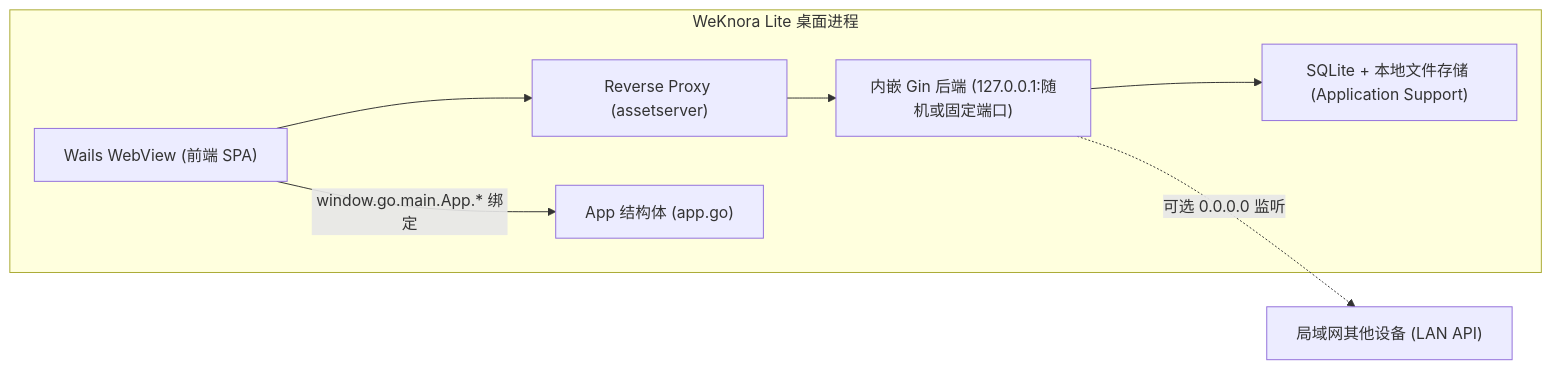
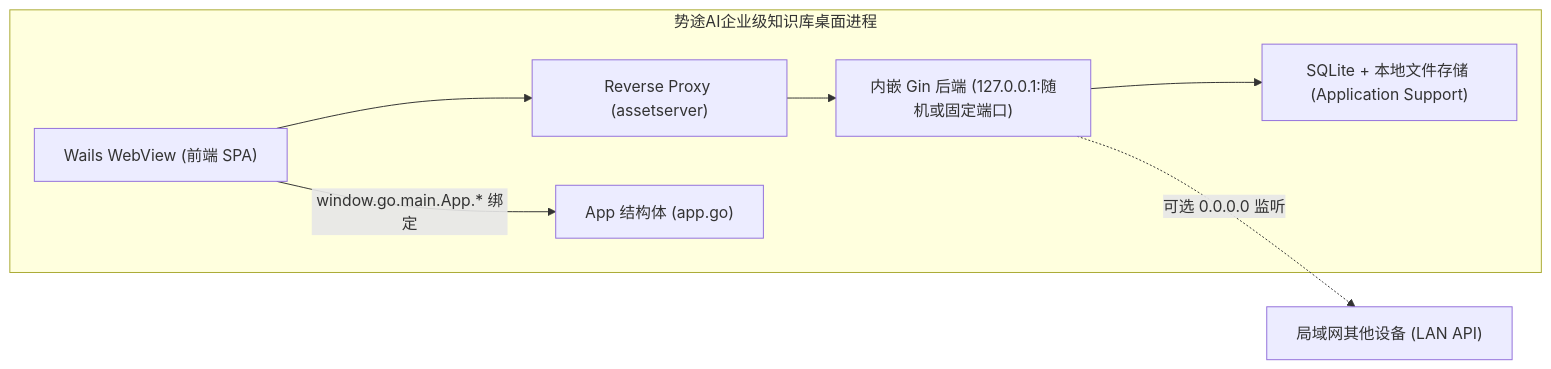
The diagram in website-docs/05-clients/05-desktop.md (Aiysae/shitu-ai-knowledge), drawn with Mermaid before and after one commit. The commit also changed other lines of this file and 15 other files, not shown here.

````diff
--- a/website-docs/05-clients/05-desktop.md
+++ b/website-docs/05-clients/05-desktop.md
@@ -17,12 +17,12 @@
 ```mermaid
 flowchart LR
-    subgraph D["WeKnora Lite 桌面进程"]
+    subgraph D["势途AI企业级知识库桌面进程"]
         W["Wails WebView (前端 SPA)"]
         P["Reverse Proxy (assetserver)"]
         B["内嵌 Gin 后端 (127.0.0.1:随机或固定端口)"]
         S["SQLite + 本地文件存储 (Application Support)"]
         W --> P --> B --> S
         W -- "window.go.main.App.* 绑定" --> A["App 结构体 (app.go)"]
     end
     B -. "可选 0.0.0.0 监听" .-> L["局域网其他设备 (LAN API)"]
 ```
````
